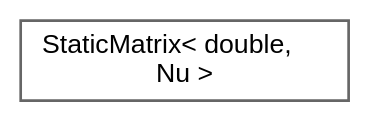
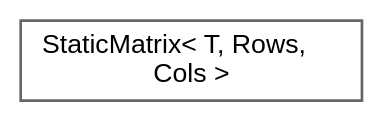
Before and after one commit to jswoo0615/Algorithms_for_Optimization_cpp: the diagram in inherit_graph_97.dot, drawn with Graphviz. The commit also changed 121 other files, not shown here.

```diff
--- a/inherit_graph_97.dot
+++ b/inherit_graph_97.dot
@@ -1,9 +1,9 @@
 digraph "Graphical Class Hierarchy"
 {
  // LATEX_PDF_SIZE
   bgcolor="transparent";
   edge [fontname=Helvetica,fontsize=10,labelfontname=Helvetica,labelfontsize=10];
   node [fontname=Helvetica,fontsize=10,shape=box,height=0.2,width=0.4];
   rankdir="LR";
-  Node0 [id="Node000000",label="StaticMatrix\< double,\l Nu \>",height=0.2,width=0.4,color="grey40", fillcolor="white", style="filled",URL="$classStaticMatrix.html",tooltip=" "];
+  Node0 [id="Node000000",label="StaticMatrix\< T, Rows,\l Cols \>",height=0.2,width=0.4,color="grey40", fillcolor="white", style="filled",URL="$classStaticMatrix.html",tooltip="전방 선언 (Forward Declaration)"];
 }
```
